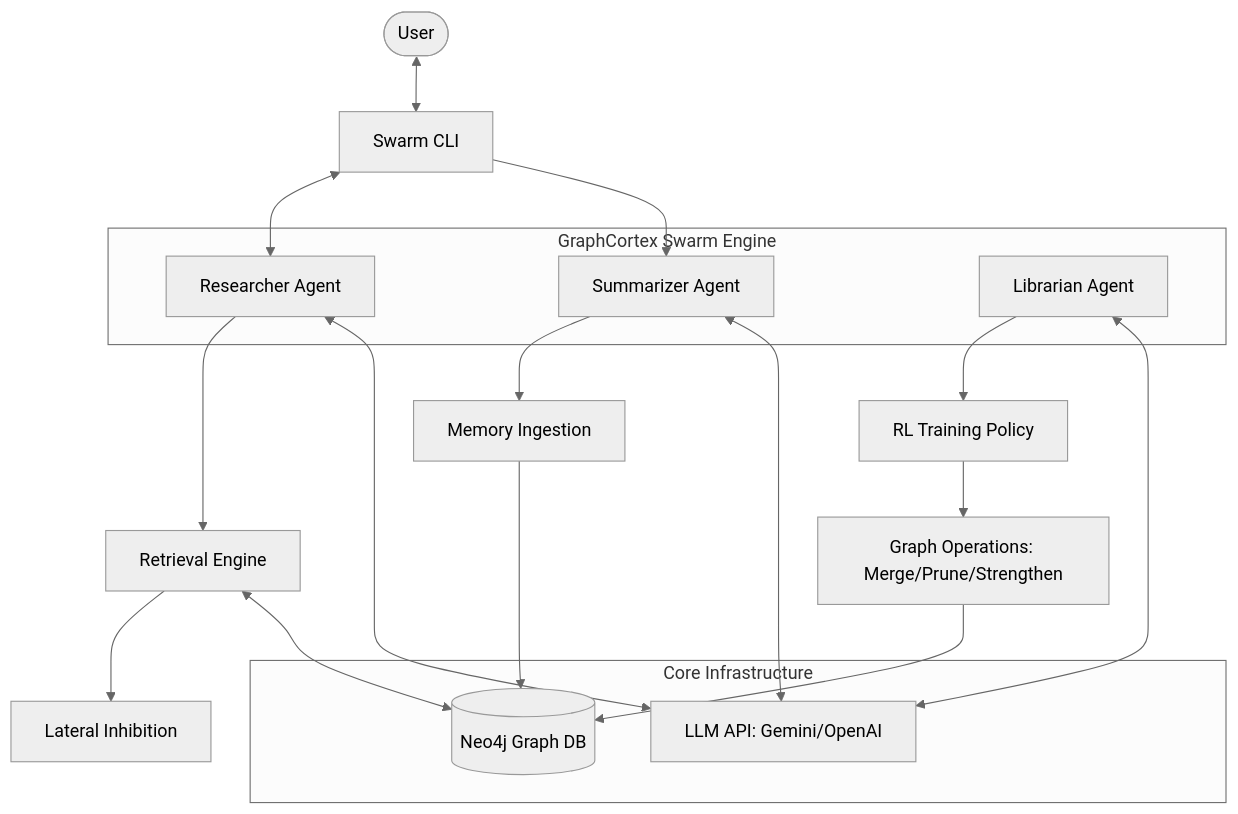
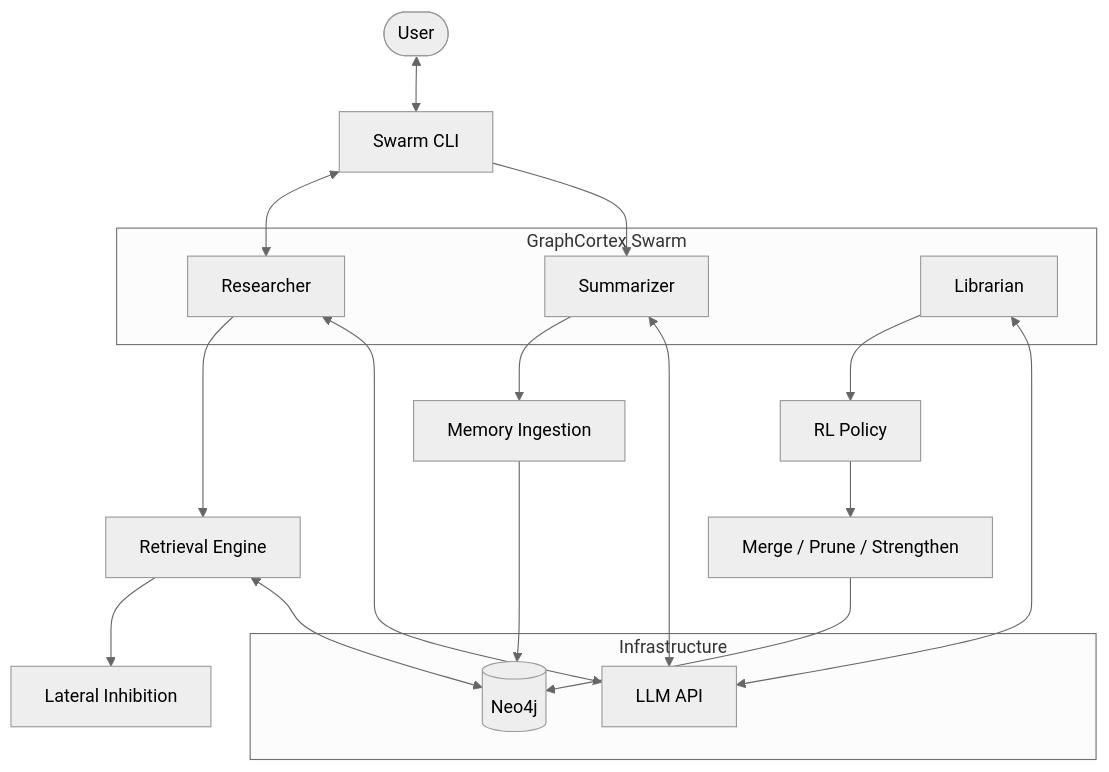
Before and after one commit to anonimity69/GraphCortex: the first of 2 diagrams in README.md, drawn with Mermaid (neutral theme). The commit also changed other lines of this file and 31 other files, not shown here.

Commit message:
refactor: implement automated graph sanitization and RL-driven Librarian agent integration

````diff
--- a/README.md
+++ b/README.md
@@ -94,32 +50,32 @@
 ```mermaid
 graph TD
     User([User]) <--> CLI[Swarm CLI]
     
-    subgraph Swarm[GraphCortex Swarm Engine]
-        Researcher[Researcher Agent]
-        Summarizer[Summarizer Agent]
-        Librarian[Librarian Agent]
+    subgraph Swarm[GraphCortex Swarm]
+        Researcher[Researcher]
+        Summarizer[Summarizer]
+        Librarian[Librarian]
     end
     
     CLI <--> Researcher
     Researcher --> RetrievalEngine[Retrieval Engine]
     RetrievalEngine --> Inhibition[Lateral Inhibition]
     
     CLI --> Summarizer
     Summarizer --> Ingestion[Memory Ingestion]
     
-    Librarian --> RL[RL Training Policy]
-    RL --> GraphOps[Graph Operations: Merge/Prune/Strengthen]
+    Librarian --> RL[RL Policy]
+    RL --> GraphOps[Merge / Prune / Strengthen]
     
-    subgraph Core[Core Infrastructure]
-        Neo4j[(Neo4j Graph DB)]
-        LLM[LLM API: Gemini/OpenAI]
+    subgraph Infra[Infrastructure]
+        Neo4j[(Neo4j)]
+        LLM[LLM API]
     end
     
     RetrievalEngine <--> Neo4j
     Ingestion --> Neo4j
     GraphOps --> Neo4j
     Researcher <--> LLM
     Summarizer <--> LLM
     Librarian <--> LLM
 ```
````
